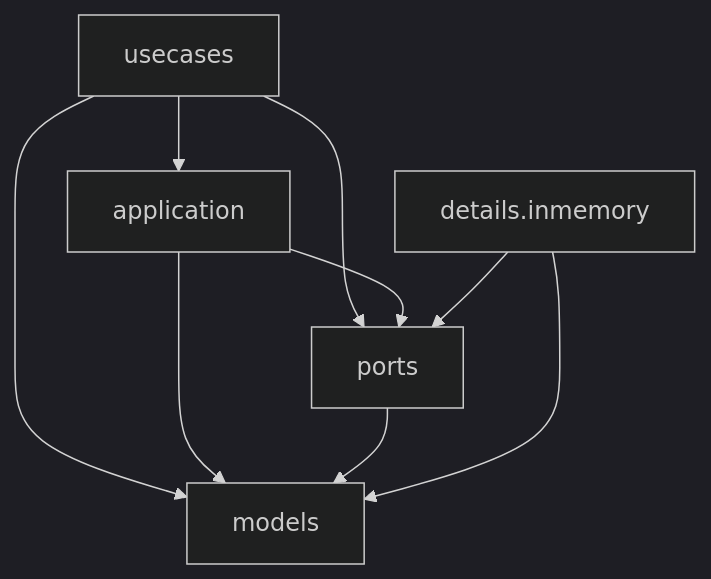
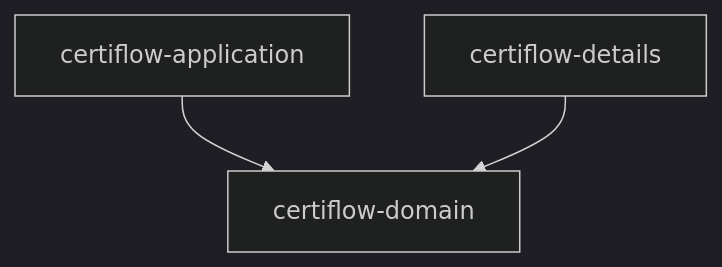
The diagram in DESIGN.md (ivovila/TP-Integrador-DPS), drawn with Mermaid (dark theme) before and after one commit. The commit also changed other lines of this file and 222 other files, not shown here.

Commit message:
Split into domain, application and details modules with use case interfaces

````diff
--- a/DESIGN.md
+++ b/DESIGN.md
@@ -41,11 +44,5 @@
 ```mermaid
 flowchart TD
-    usecases --> application
-    usecases --> ports
-    usecases --> models
-    application --> ports
-    application --> models
-    ports --> models
-    details["details.inmemory"] --> ports
-    details --> models
+    application["certiflow-application"] --> domain["certiflow-domain"]
+    details["certiflow-details"] --> domain
 ```
````
